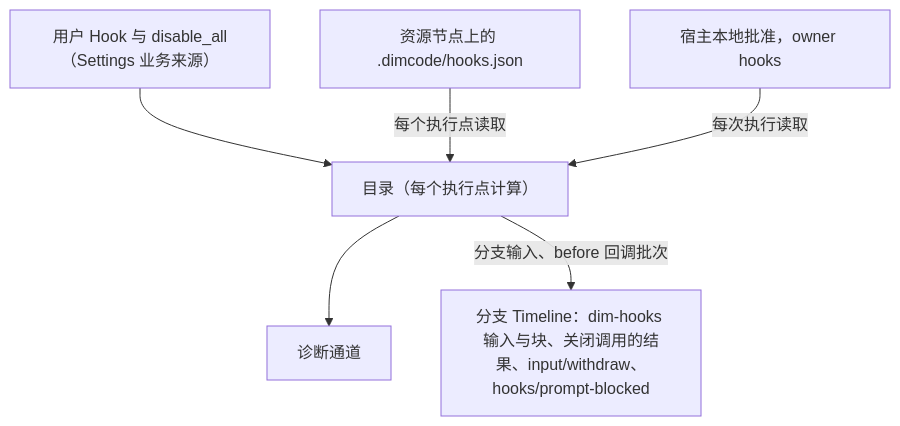
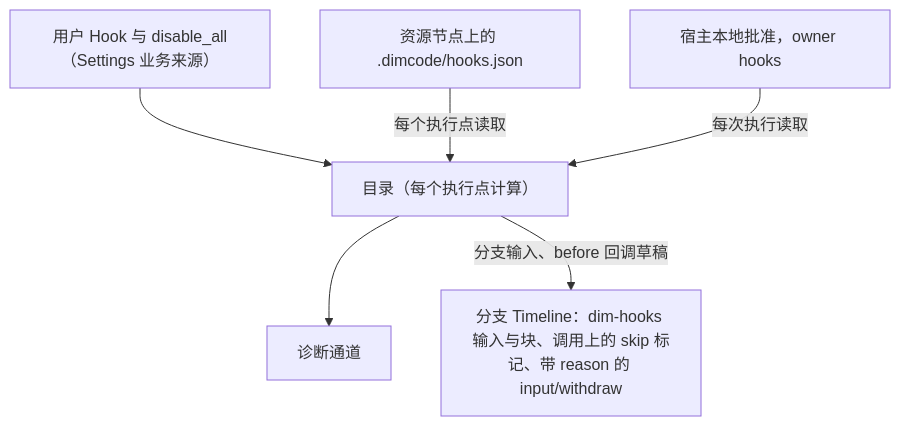
Before and after one commit to CoutinhoTTS/dim-agent: the second of 7 diagrams in docs/zh/design/plugins/Hooks.md, drawn with Mermaid. The commit also changed other lines of this file and 42 other files, not shown here.

````diff
--- a/docs/zh/design/plugins/Hooks.md
+++ b/docs/zh/design/plugins/Hooks.md
@@ -53,14 +53,14 @@
 ```mermaid
 flowchart TB
   UserCfg["用户 Hook 与 disable_all（Settings 业务来源）"]
   ProjFile["资源节点上的 .dimcode/hooks.json"]
   Grants["宿主本地批准，owner hooks"]
   Catalog["目录（每个执行点计算）"]
   Diag["诊断通道"]
-  TL["分支 Timeline：dim-hooks 输入与块、关闭调用的结果、input/withdraw、hooks/prompt-blocked"]
+  TL["分支 Timeline：dim-hooks 输入与块、调用上的 skip 标记、带 reason 的 input/withdraw"]
   UserCfg --> Catalog
   ProjFile -->|"每个执行点读取"| Catalog
   Grants -->|"每次执行读取"| Catalog
   Catalog --> Diag
-  Catalog -->|"分支输入、before 回调批次"| TL
+  Catalog -->|"分支输入、before 回调草稿"| TL
 ```
````
